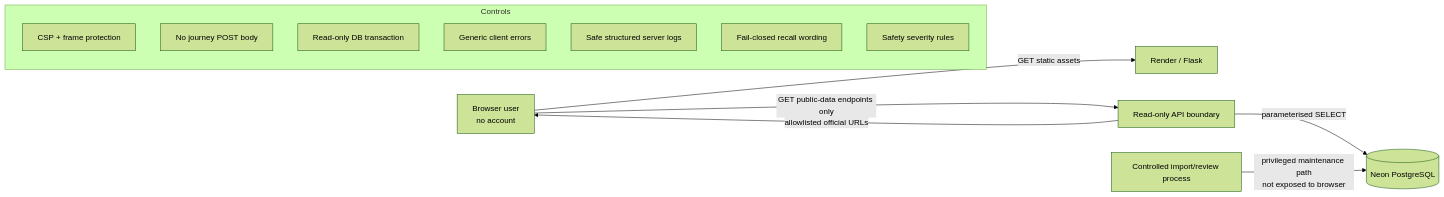
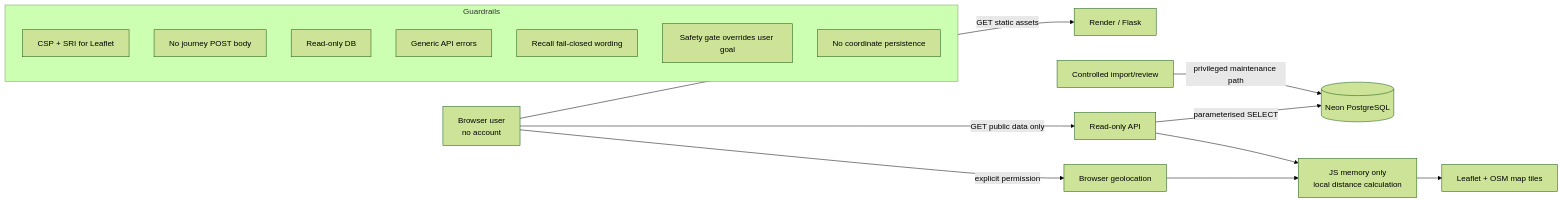
One commit to dilan-monash/fix-forward changed the diagram in docs/SECURE_ARCHITECTURE_I1.md. Above: the diagram before and after it, drawn with Mermaid (forest theme). The commit also changed other lines of this file and 31 other files, not shown here.

Commit message:
Prototype goal-first FixForward user experience

````diff
--- a/docs/SECURE_ARCHITECTURE_I1.md
+++ b/docs/SECURE_ARCHITECTURE_I1.md
@@ -7,18 +7,22 @@
 ```mermaid
 flowchart LR
     U[Browser user\nno account] -->|GET static assets| W[Render / Flask]
-    U -->|GET public-data endpoints only| API[Read-only API boundary]
+    U -->|GET public data only| API[Read-only API]
     API -->|parameterised SELECT| DB[(Neon PostgreSQL)]
-    IMP[Controlled import/review process] -->|privileged maintenance path\nnot exposed to browser| DB
-    API -->|allowlisted official URLs| U
+    IMP[Controlled import/review] -->|privileged maintenance path| DB
 
-    subgraph Controls
-      C1[CSP + frame protection]
+    U -->|explicit permission| GEO[Browser geolocation]
+    GEO --> LOCAL[JS memory only\nlocal distance calculation]
+    API --> LOCAL
+    LOCAL --> MAP[Leaflet + OSM map tiles]
+
+    subgraph Guardrails
+      C1[CSP + SRI for Leaflet]
       C2[No journey POST body]
-      C3[Read-only DB transaction]
-      C4[Generic client errors]
-      C5[Safe structured server logs]
-      C6[Fail-closed recall wording]
-      C7[Safety severity rules]
+      C3[Read-only DB]
+      C4[Generic API errors]
+      C5[Recall fail-closed wording]
+      C6[Safety gate overrides user goal]
+      C7[No coordinate persistence]
     end
 ```
````
